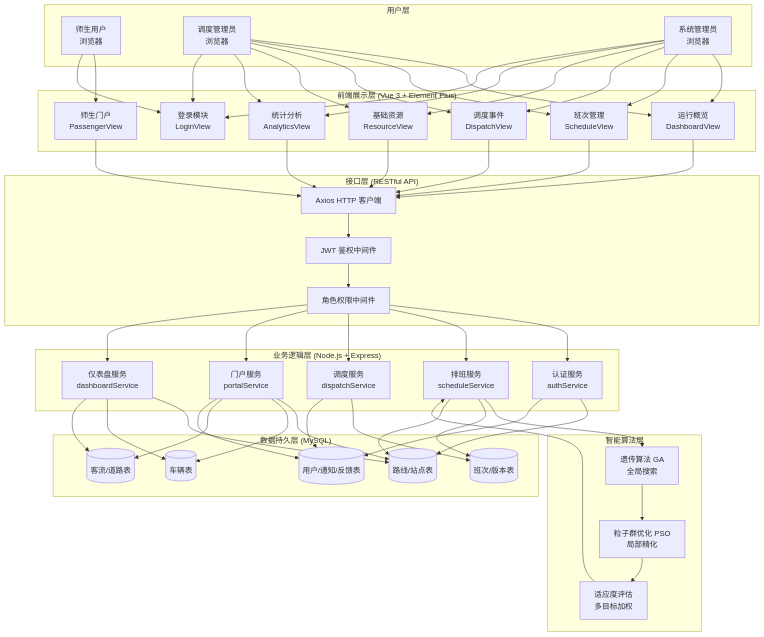
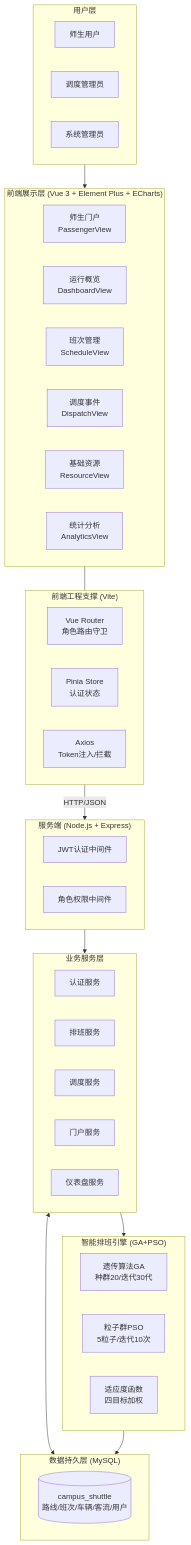
Before and after one commit to Map1e777/yxy-bysj: the first of 21 diagrams in yxy-bysj所需图.md, drawn with Mermaid. The commit also changed 5 other files, not shown here.

Commit message:
fix: 更新系统架构图

````diff
--- a/yxy-bysj所需图.md
+++ b/yxy-bysj所需图.md
@@ -5,92 +5,61 @@
 ```mermaid
 graph TB
     subgraph 用户层
-        A[师生用户<br>浏览器]
-        B[调度管理员<br>浏览器]
-        C[系统管理员<br>浏览器]
+        direction LR
+        A[师生用户]
+        B[调度管理员]
+        C[系统管理员]
     end
 
-    subgraph 前端展示层["前端展示层 (Vue 3 + Element Plus)"]
-        D[登录模块<br>LoginView]
-        E[师生门户<br>PassengerView]
-        F[运行概览<br>DashboardView]
-        G[班次管理<br>ScheduleView]
-        H[调度事件<br>DispatchView]
-        I[基础资源<br>ResourceView]
-        J[统计分析<br>AnalyticsView]
+    subgraph 前端展示层["前端展示层 (Vue 3 + Element Plus + ECharts)"]
+        direction LR
+        E[师生门户<br/>PassengerView]
+        F[运行概览<br/>DashboardView]
+        G[班次管理<br/>ScheduleView]
+        H[调度事件<br/>DispatchView]
+        I[基础资源<br/>ResourceView]
+        J[统计分析<br/>AnalyticsView]
     end
 
-    subgraph 接口层["接口层 (RESTful API)"]
-        K[Axios HTTP 客户端]
-        L[JWT 鉴权中间件]
+    subgraph 前端工程层["前端工程支撑 (Vite)"]
+        direction LR
+        K1[Vue Router<br/>角色路由守卫]
+        K2[Pinia Store<br/>认证状态]
+        K3[Axios<br/>Token注入/拦截]
+    end
+
+    subgraph 服务端["服务端 (Node.js + Express)"]
+        direction LR
+        L[JWT认证中间件]
         M[角色权限中间件]
     end
 
-    subgraph 业务逻辑层["业务逻辑层 (Node.js + Express)"]
-        N[认证服务<br>authService]
-        O[排班服务<br>scheduleService]
-        P[调度服务<br>dispatchService]
-        Q[门户服务<br>portalService]
-        R[仪表盘服务<br>dashboardService]
+    subgraph 业务逻辑层["业务服务层"]
+        direction LR
+        N[认证服务]
+        O[排班服务]
+        P[调度服务]
+        Q[门户服务]
+        R[仪表盘服务]
     end
 
-    subgraph 算法层["智能算法层"]
-        S[遗传算法 GA<br>全局搜索]
-        T[粒子群优化 PSO<br>局部精化]
-        U[适应度评估<br>多目标加权]
+    subgraph 算法层["智能排班引擎 (GA+PSO)"]
+        direction LR
+        S[遗传算法GA<br/>种群20/迭代30代]
+        T[粒子群PSO<br/>5粒子/迭代10次]
+        U[适应度函数<br/>四目标加权]
     end
 
     subgraph 数据层["数据持久层 (MySQL)"]
-        V[(路线/站点表)]
-        W[(班次/版本表)]
-        X[(车辆表)]
-        Y[(客流/道路表)]
-        Z[(用户/通知/反馈表)]
+        direction LR
+        DB[(campus_shuttle<br/>路线/班次/车辆/客流/用户)]
     end
 
-    A --> E
-    B --> F
-    B --> G
-    B --> H
-    B --> I
-    B --> J
-    C --> F
-    C --> G
-    C --> H
-    C --> I
-    C --> J
-    A --> D
-    B --> D
-    C --> D
-
-    E --> K
-    F --> K
-    G --> K
-    H --> K
-    I --> K
-    J --> K
-    K --> L --> M
-
-    M --> N
-    M --> O
-    M --> P
-    M --> Q
-    M --> R
-
-    O --> S --> T --> U
-    U --> O
-
-    N --> V
-    N --> Z
-    O --> W
-    O --> V
-    P --> W
-    P --> Z
-    Q --> V
-    Q --> X
-    Q --> Y
-    Q --> Z
-    R --> V
-    R --> X
-    R --> Y
+    用户层 --> 前端展示层
+    前端展示层 --- 前端工程层
+    前端工程层 -->|HTTP/JSON| 服务端
+    服务端 --> 业务逻辑层
+    业务逻辑层 --> 算法层
+    业务逻辑层 <--> 数据层
+    算法层 --> 数据层
 ```
````
